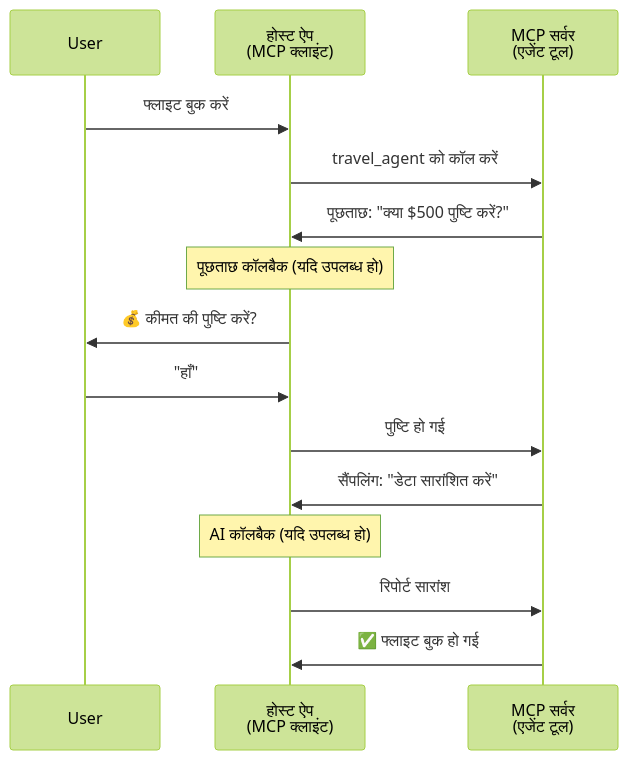
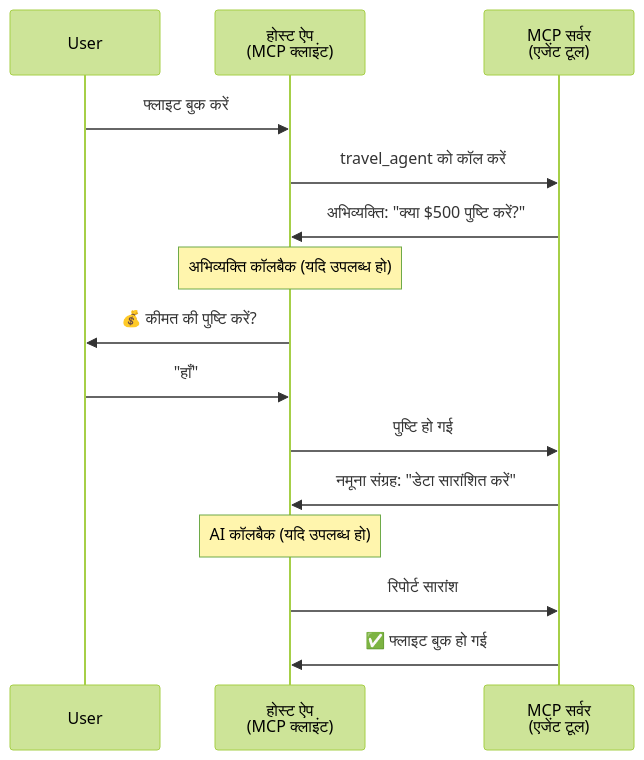
Before and after one commit to gabrielmoreira/agent-skills-mirror: the fourth of 5 diagrams in mirrors/repos/microsoft@ai-agents-for-beginners/translations/hi/11-agentic-protocols/code_samples/mcp-agents/README.md, drawn with Mermaid (forest theme). The commit also changed other lines of this file and 4262 other files, not shown here.

````diff
--- a/mirrors/repos/microsoft@ai-agents-for-beginners/translations/hi/11-agentic-protocols/code_samples/mcp-agents/README.md
+++ b/mirrors/repos/microsoft@ai-agents-for-beginners/translations/hi/11-agentic-protocols/code_samples/mcp-agents/README.md
@@ -163,21 +163,21 @@
 ```mermaid
 sequenceDiagram
     participant User
     participant Host as होस्ट ऐप<br/>(MCP क्लाइंट)
     participant Server as MCP सर्वर<br/>(एजेंट टूल)
 
     User->>Host: फ्लाइट बुक करें
     Host->>Server: travel_agent को कॉल करें
 
-    Server->>Host: पूछताछ: "क्या $500 पुष्टि करें?"
-    Note over Host: पूछताछ कॉलबैक (यदि उपलब्ध हो)
+    Server->>Host: अभिव्यक्ति: "क्या $500 पुष्टि करें?"
+    Note over Host: अभिव्यक्ति कॉलबैक (यदि उपलब्ध हो)
     Host->>User: 💰 कीमत की पुष्टि करें?
     User->>Host: "हाँ"
     Host->>Server: पुष्टि हो गई
 
-    Server->>Host: सैंपलिंग: "डेटा सारांशित करें"
+    Server->>Host: नमूना संग्रह: "डेटा सारांशित करें"
     Note over Host: AI कॉलबैक (यदि उपलब्ध हो)
     Host->>Server: रिपोर्ट सारांश
 
     Server->>Host: ✅ फ्लाइट बुक हो गई
 ```
````
